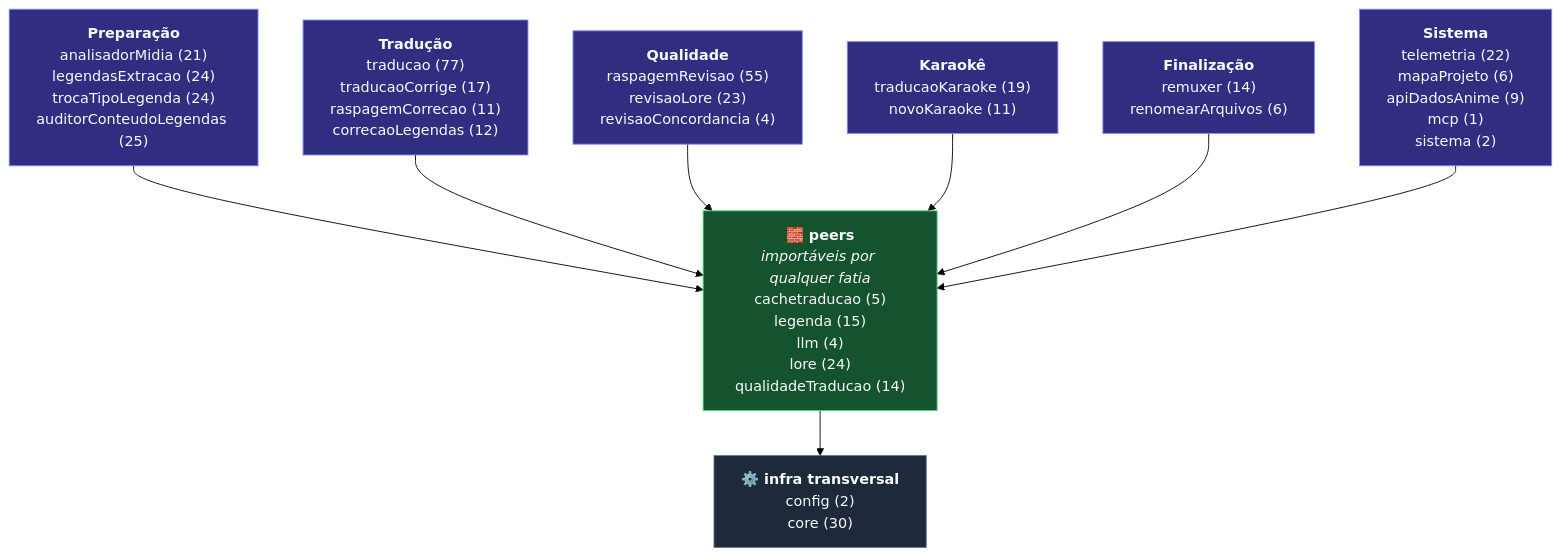
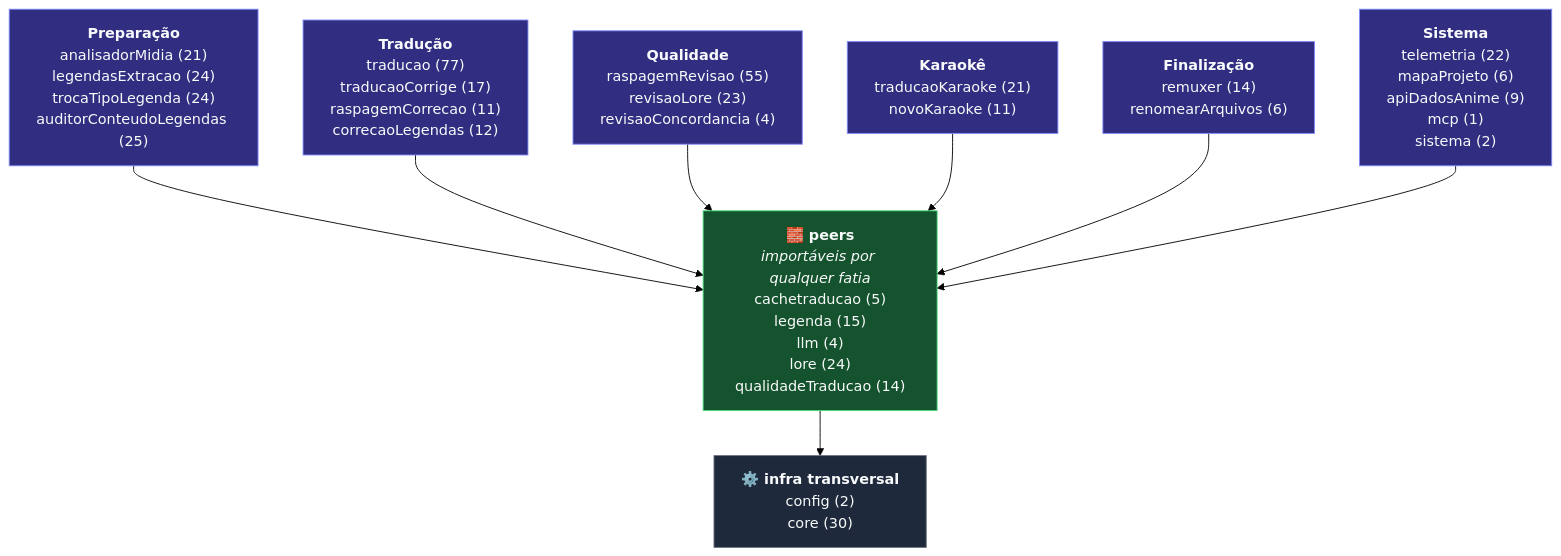
The diagram in docs/ref-esqueleto-projeto.md (carmipa/traducao_animes_llm_local_quarkus-1), drawn with Mermaid (forest theme) before and after one commit. The commit also changed other lines of this file and 11 other files, not shown here.

````diff
--- a/docs/ref-esqueleto-projeto.md
+++ b/docs/ref-esqueleto-projeto.md
@@ -36,21 +36,21 @@
 ```mermaid
 graph TB
     G0["<b>Preparação</b><br/>analisadorMidia (21)<br/>legendasExtracao (24)<br/>trocaTipoLegenda (24)<br/>auditorConteudoLegendas (25)"]:::fatia
     G1["<b>Tradução</b><br/>traducao (77)<br/>traducaoCorrige (17)<br/>raspagemCorrecao (11)<br/>correcaoLegendas (12)"]:::fatia
     G2["<b>Qualidade</b><br/>raspagemRevisao (55)<br/>revisaoLore (23)<br/>revisaoConcordancia (4)"]:::fatia
-    G3["<b>Karaokê</b><br/>traducaoKaraoke (19)<br/>novoKaraoke (11)"]:::fatia
+    G3["<b>Karaokê</b><br/>traducaoKaraoke (21)<br/>novoKaraoke (11)"]:::fatia
     G4["<b>Finalização</b><br/>remuxer (14)<br/>renomearArquivos (6)"]:::fatia
     G5["<b>Sistema</b><br/>telemetria (22)<br/>mapaProjeto (6)<br/>apiDadosAnime (9)<br/>mcp (1)<br/>sistema (2)"]:::fatia
     PEERS["<b>🧱 peers</b><br/><i>importáveis por qualquer fatia</i><br/>cachetraducao (5)<br/>legenda (15)<br/>llm (4)<br/>lore (24)<br/>qualidadeTraducao (14)"]:::peer
     BASE["<b>⚙️ infra transversal</b><br/>config (2)<br/>core (30)"]:::base
     G0 --> PEERS
     G1 --> PEERS
     G2 --> PEERS
     G3 --> PEERS
     G4 --> PEERS
     G5 --> PEERS
     PEERS --> BASE
     classDef fatia fill:#312e81,stroke:#818CF8,color:#F9FAFB
     classDef peer fill:#14532d,stroke:#4ADE80,color:#F9FAFB
     classDef base fill:#1e293b,stroke:#6B7280,color:#F9FAFB
 ```
````
